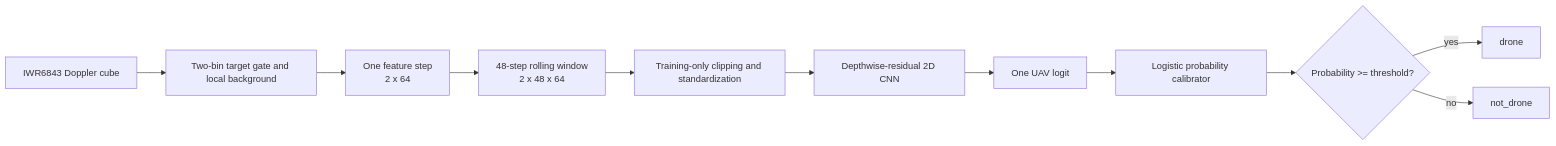
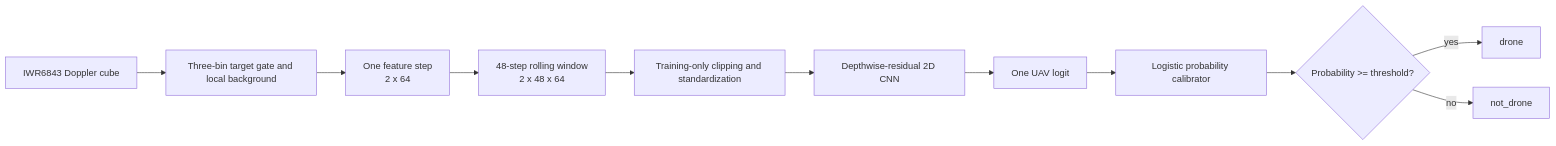
One commit to TheTigerII/Radar-UREx changed the diagram in AI.md. Above: the diagram before and after it, drawn with Mermaid. The commit also changed other lines of this file and 20 other files, not shown here.

First line of the commit message:
change micro doppler range bin to 3

````diff
--- a/AI.md
+++ b/AI.md
@@ -18,13 +18,13 @@
 ```mermaid
 flowchart LR
-    A[IWR6843 Doppler cube] --> B[Two-bin target gate and local background]
+    A[IWR6843 Doppler cube] --> B[Three-bin target gate and local background]
     B --> C[One feature step<br/>2 x 64]
     C --> D[48-step rolling window<br/>2 x 48 x 64]
     D --> E[Training-only clipping and standardization]
     E --> F[Depthwise-residual 2D CNN]
     F --> G[One UAV logit]
     G --> H[Logistic probability calibrator]
     H --> I{Probability >= threshold?}
     I -->|yes| J[drone]
     I -->|no| K[not_drone]
 ```
````
